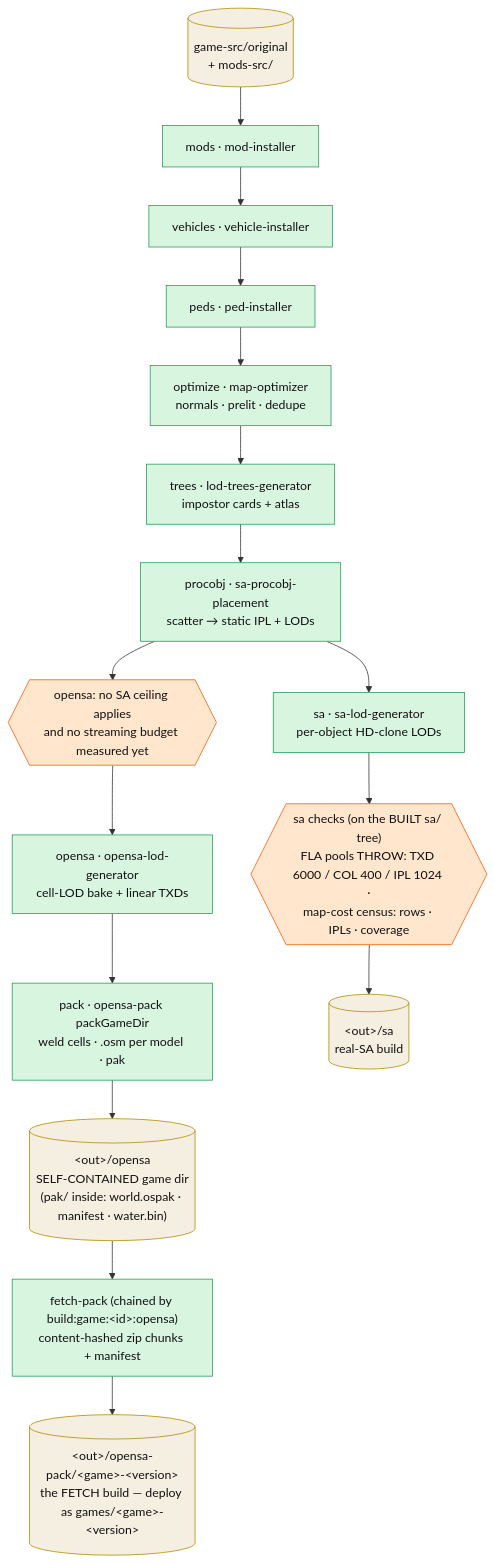
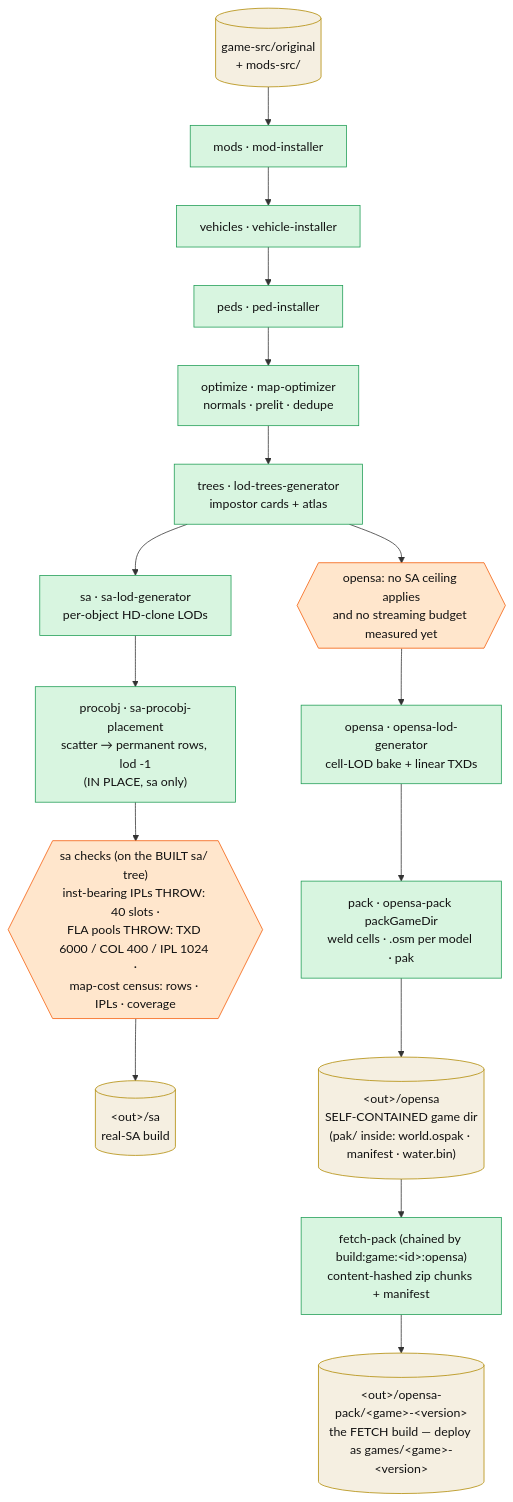
Before and after one commit to sexorcist00/opensa: the diagram in docs/architecture/perfect-map-builder.md, drawn with Mermaid. The commit also changed other lines of this file and 7 other files, not shown here.

````diff
--- a/docs/architecture/perfect-map-builder.md
+++ b/docs/architecture/perfect-map-builder.md
@@ -43,29 +43,29 @@
 ```mermaid
 %%| pmb-pipeline
 flowchart TB
   src[("game-src/original<br/>+ mods-src/")]:::data
   mods["mods · mod-installer"]:::stage
   veh["vehicles · vehicle-installer"]:::stage
   peds["peds · ped-installer"]:::stage
   opt["optimize · map-optimizer<br/>normals · prelit · dedupe"]:::stage
   trees["trees · lod-trees-generator<br/>impostor cards + atlas"]:::stage
-  proc["procobj · sa-procobj-placement<br/>scatter → static IPL + LODs"]:::stage
-  guard{{"sa checks (on the BUILT sa/ tree)<br/>FLA pools THROW: TXD 6000 / COL 400 / IPL 1024 ·<br/>map-cost census: rows · IPLs · coverage"}}:::guard
+  proc["procobj · sa-procobj-placement<br/>scatter → permanent rows, lod -1<br/>(IN PLACE, sa only)"]:::stage
+  guard{{"sa checks (on the BUILT sa/ tree)<br/>inst-bearing IPLs THROW: 40 slots ·<br/>FLA pools THROW: TXD 6000 / COL 400 / IPL 1024 ·<br/>map-cost census: rows · IPLs · coverage"}}:::guard
   osguard{{"opensa: no SA ceiling applies<br/>and no streaming budget measured yet"}}:::guard
   sa["sa · sa-lod-generator<br/>per-object HD-clone LODs"]:::stage
   oslod["opensa · opensa-lod-generator<br/>cell-LOD bake + linear TXDs"]:::stage
   pack["pack · opensa-pack packGameDir<br/>weld cells · .osm per model · pak"]:::stage
   outsa[("&lt;out&gt;/sa<br/>real-SA build")]:::data
   outos[("&lt;out&gt;/opensa<br/>SELF-CONTAINED game dir<br/>(pak/ inside: world.ospak · manifest · water.bin)")]:::data
   fetch["fetch-pack (chained by build:game:&lt;id&gt;:opensa)<br/>content-hashed zip chunks + manifest"]:::stage
   outpak[("&lt;out&gt;/opensa-pack/&lt;game&gt;-&lt;version&gt;<br/>the FETCH build — deploy as games/&lt;game&gt;-&lt;version&gt;")]:::data
 
-  src --> mods --> veh --> peds --> opt --> trees --> proc
-  proc --> sa --> guard --> outsa
-  proc --> osguard --> oslod --> pack --> outos
+  src --> mods --> veh --> peds --> opt --> trees
+  trees --> sa --> proc --> guard --> outsa
+  trees --> osguard --> oslod --> pack --> outos
   outos --> fetch --> outpak
 
   classDef stage fill:#d8f5e0,stroke:#1f9d55,color:#111
   classDef guard fill:#ffe6cc,stroke:#f55c07,color:#111
   classDef data fill:#f5efe1,stroke:#b08900,color:#111
 ```
````
